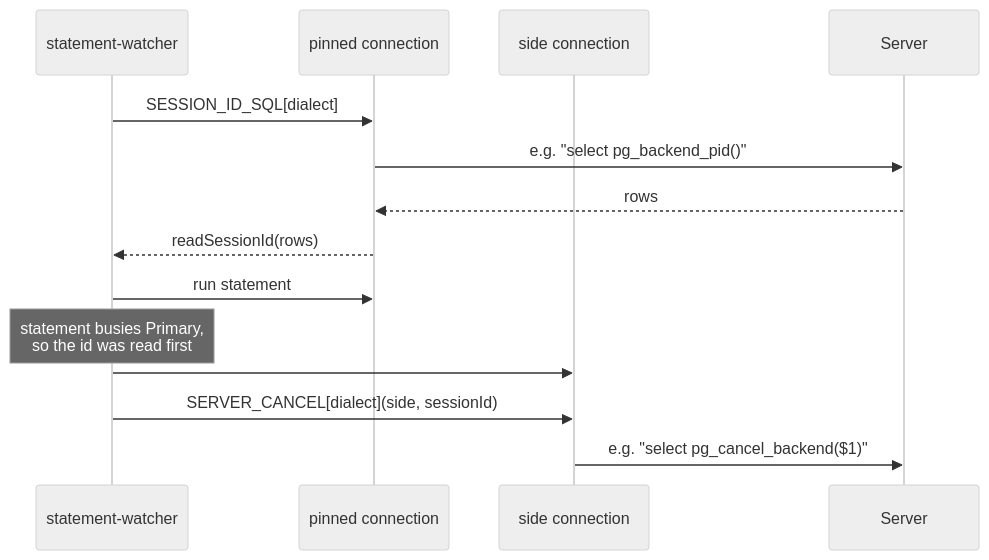
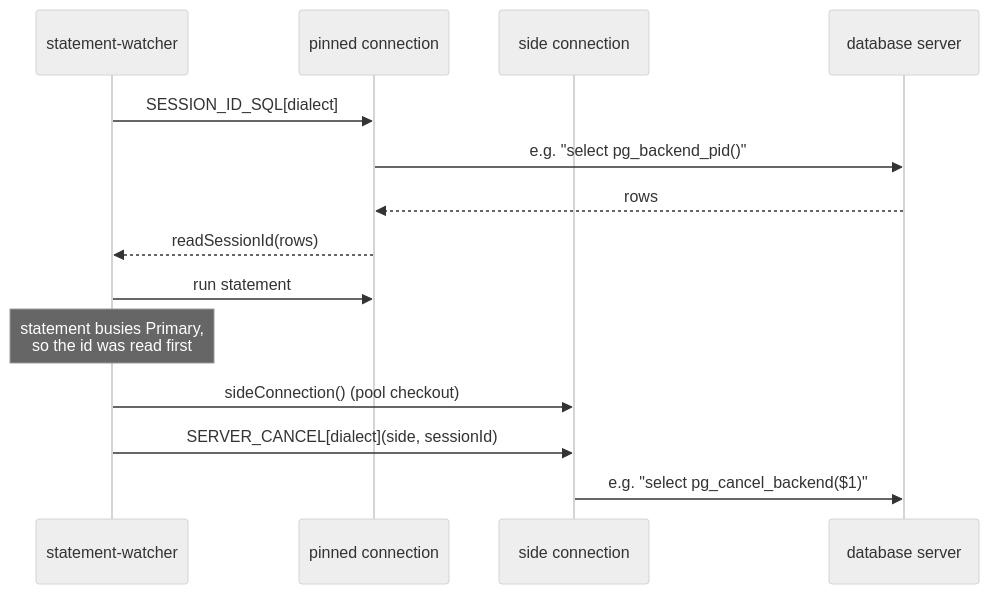
The fifth of 5 diagrams in docs/wiki/core-db.md (noormdev/noorm), drawn with Mermaid (neutral theme) before and after one commit. The commit also changed other lines of this file and 349 other files, not shown here.

````diff
--- a/docs/wiki/core-db.md
+++ b/docs/wiki/core-db.md
@@ -156,18 +191,18 @@
 ```mermaid
 sequenceDiagram
-    %% source: src/core/connection/session.ts
+    %% source: src/core/connection/session.ts, src/core/runner/statement-watcher.ts
     participant Watcher as statement-watcher
     participant Primary as pinned connection
     participant Side as side connection
-    participant Server
+    participant Server as database server
 
     Watcher->>Primary: SESSION_ID_SQL[dialect]
     Primary->>Server: e.g. "select pg_backend_pid()"
     Server-->>Primary: rows
     Primary-->>Watcher: readSessionId(rows)
     Watcher->>Primary: run statement
     Note over Watcher: statement busies Primary,<br/>so the id was read first
-    Watcher->>Side: #sideConnection() (pool checkout)
+    Watcher->>Side: sideConnection() (pool checkout)
     Watcher->>Side: SERVER_CANCEL[dialect](side, sessionId)
     Side->>Server: e.g. "select pg_cancel_backend($1)"
 ```
````
